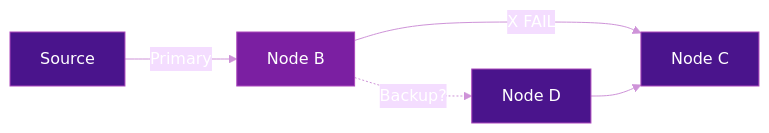
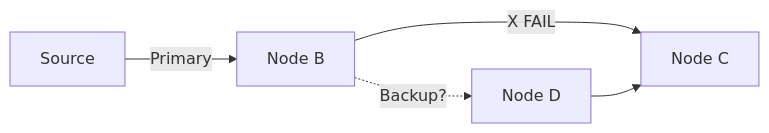
The first of 2 diagrams in docs/topics/ti-lfa.md (eldaninavas/srv6.md), drawn with Mermaid before and after one commit. The commit also changed other lines of this file and 29 other files, not shown here.

First line of the commit message:
fix(mermaid): apply theme-aware colors site-wide

````diff
--- a/docs/topics/ti-lfa.md
+++ b/docs/topics/ti-lfa.md
@@ -19,13 +19,7 @@
 ```mermaid
-%%{init: {"theme": "base", "themeVariables": {"primaryTextColor": "#fff", "lineColor": "#ce93d8", "textColor": "#fff"}}}%%
 graph LR
     A[Source] -->|Primary| B[Node B]
     B -->|X FAIL| C[Node C]
     B -.->|Backup?| D[Node D]
     D --> C
-
-    style B fill:#7b1fa2,color:#fff,stroke:#ab47bc
-    style C fill:#4a148c,color:#fff,stroke:#ab47bc
-    style A fill:#4a148c,color:#fff,stroke:#ab47bc
-    style D fill:#4a148c,color:#fff,stroke:#ab47bc
 ```
````
